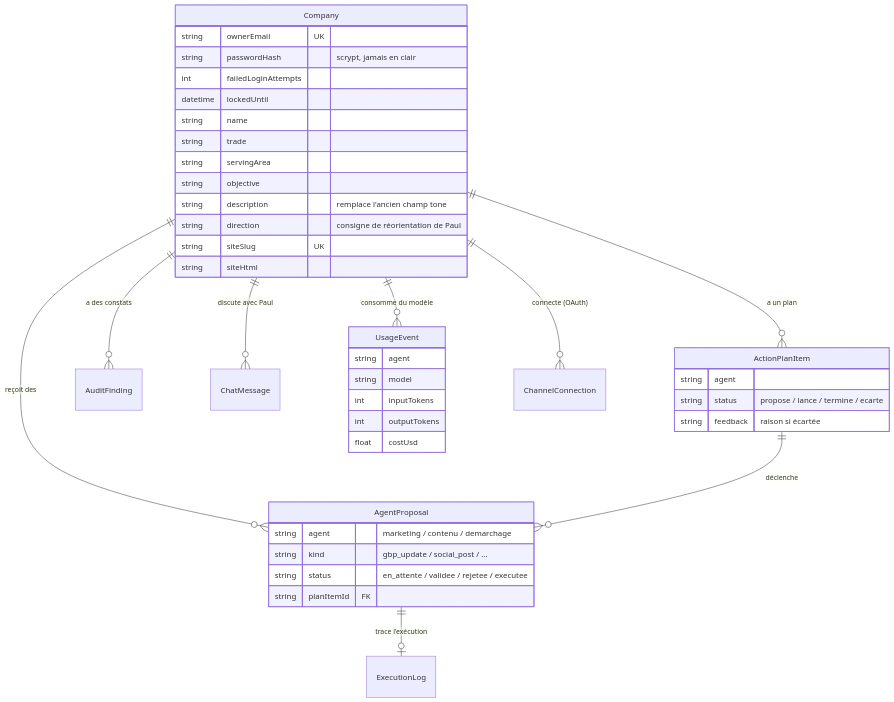
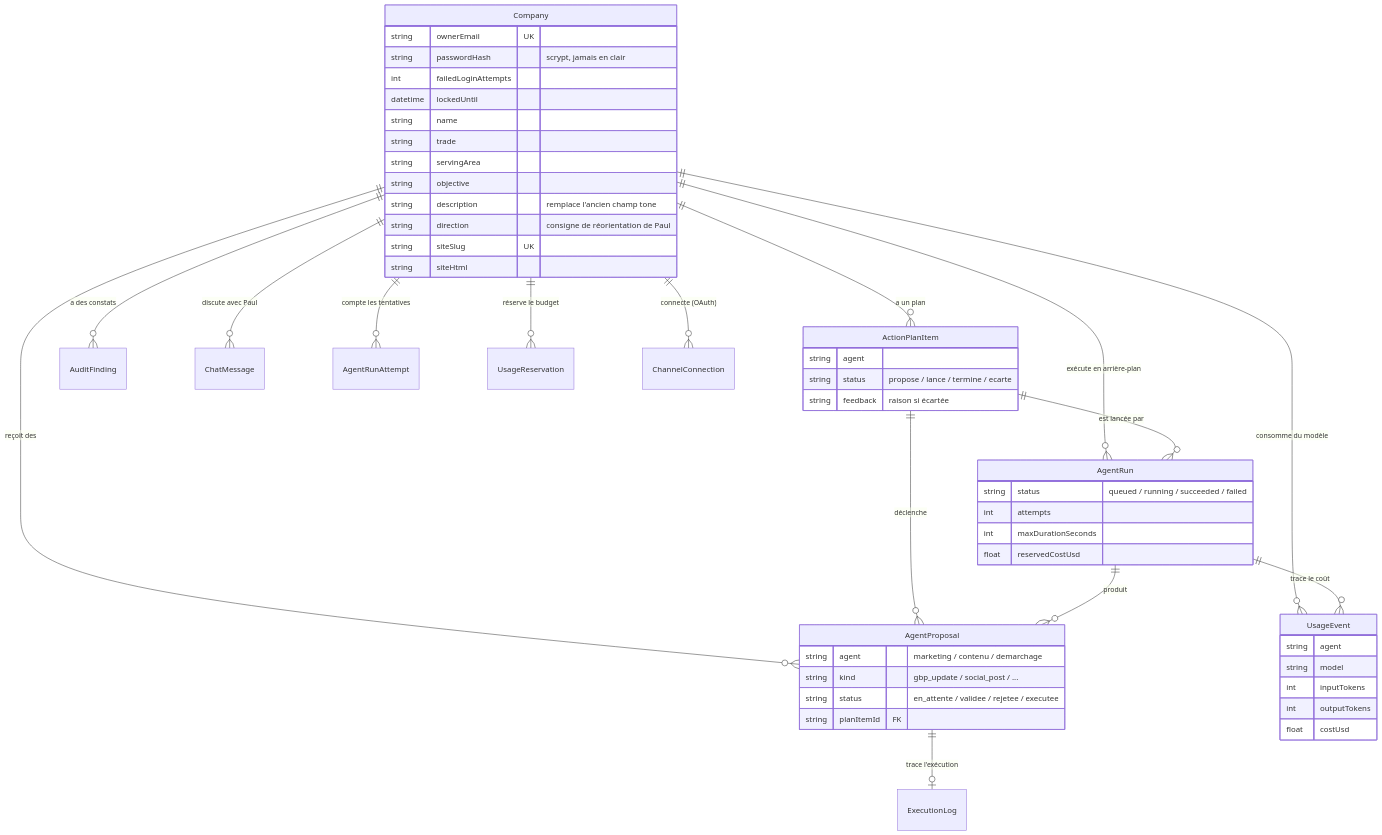
The fourth of 5 diagrams in docs/architecture.md (BienOuBien13/BienDecider), drawn with Mermaid before and after one commit. The commit also changed other lines of this file and 34 other files, not shown here.

Commit message:
Queue agent runs and enforce company quotas (#186)

````diff
--- a/docs/architecture.md
+++ b/docs/architecture.md
@@ -91,44 +99,56 @@
 ```mermaid
 erDiagram
     Company ||--o{ ActionPlanItem : "a un plan"
     Company ||--o{ AgentProposal : "reçoit des"
     Company ||--o{ AuditFinding : "a des constats"
     Company ||--o{ ChatMessage : "discute avec Paul"
     Company ||--o{ UsageEvent : "consomme du modèle"
+    Company ||--o{ AgentRun : "exécute en arrière-plan"
+    Company ||--o{ AgentRunAttempt : "compte les tentatives"
+    Company ||--o{ UsageReservation : "réserve le budget"
     Company ||--o{ ChannelConnection : "connecte (OAuth)"
     ActionPlanItem ||--o{ AgentProposal : "déclenche"
+    ActionPlanItem ||--o{ AgentRun : "est lancée par"
+    AgentRun ||--o{ UsageEvent : "trace le coût"
+    AgentRun ||--o{ AgentProposal : "produit"
     AgentProposal ||--o| ExecutionLog : "trace l'exécution"
 
     Company {
         string ownerEmail UK
         string passwordHash "scrypt, jamais en clair"
         int failedLoginAttempts
         datetime lockedUntil
         string name
         string trade
         string servingArea
         string objective
         string description "remplace l'ancien champ tone"
         string direction "consigne de réorientation de Paul"
         string siteSlug UK
         string siteHtml
     }
     AgentProposal {
         string agent "marketing / contenu / demarchage"
         string kind "gbp_update / social_post / ..."
         string status "en_attente / validee / rejetee / executee"
         string planItemId FK
     }
     ActionPlanItem {
         string agent
         string status "propose / lance / termine / ecarte"
         string feedback "raison si écartée"
     }
     UsageEvent {
         string agent
         string model
         int inputTokens
         int outputTokens
         float costUsd
     }
+    AgentRun {
+        string status "queued / running / succeeded / failed"
+        int attempts
+        int maxDurationSeconds
+        float reservedCostUsd
+    }
 ```
````
